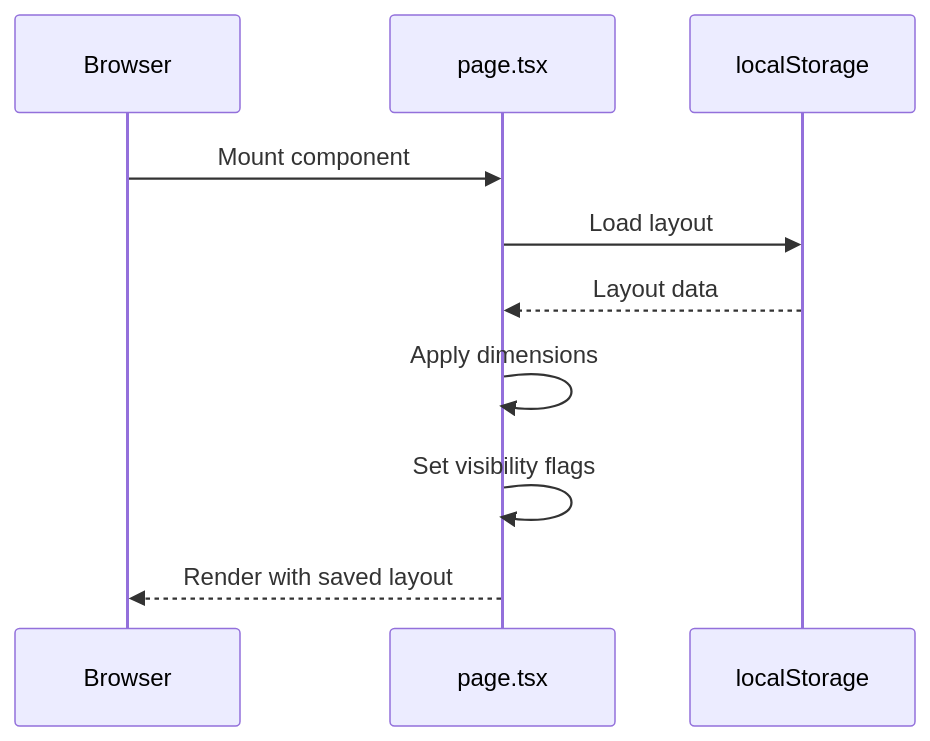
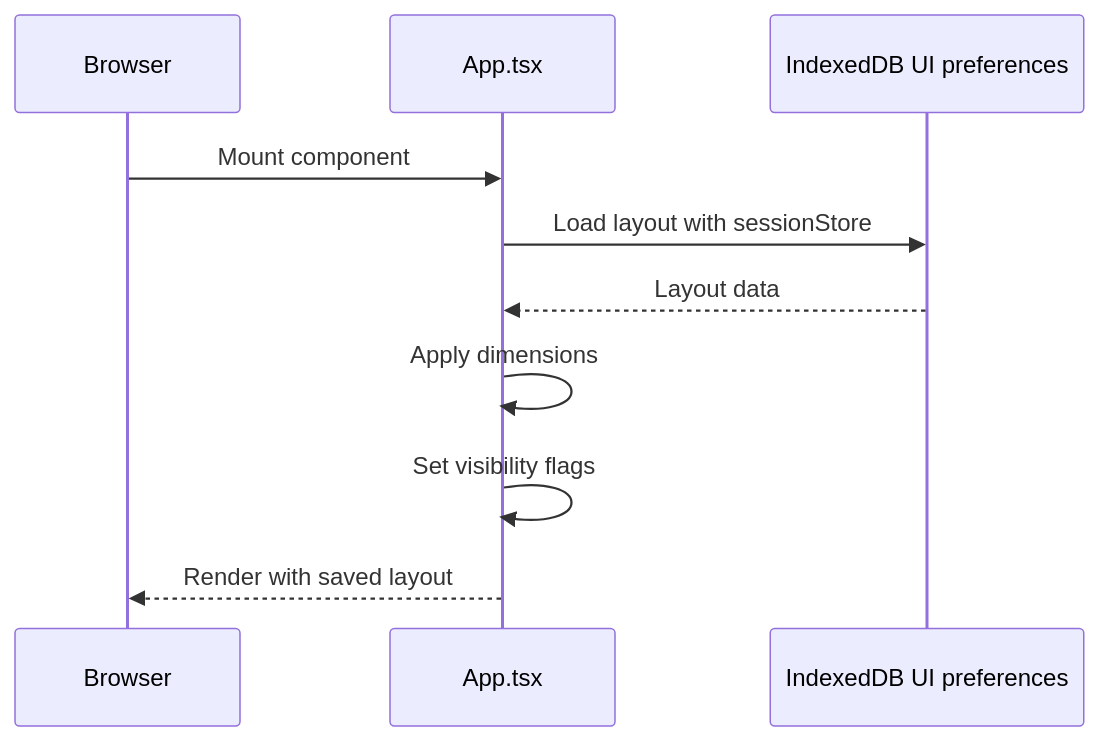
Diagram 21 of 25 in docs/UI-COMPONENTS.md (Stasshe/Pyxis-CodeCanvas), drawn with Mermaid before and after one commit. The commit also changed other lines of this file and 330 other files, not shown here.

````diff
--- a/docs/UI-COMPONENTS.md
+++ b/docs/UI-COMPONENTS.md
@@ -698,13 +659,13 @@
 ```mermaid
 sequenceDiagram
     participant BROWSER as Browser
-    participant PAGE as page.tsx
-    participant LS as localStorage
+    participant PAGE as App.tsx
+    participant STORE as IndexedDB UI preferences
 
     BROWSER->>PAGE: Mount component
-    PAGE->>LS: Load layout
-    LS-->>PAGE: Layout data
+    PAGE->>STORE: Load layout with sessionStore
+    STORE-->>PAGE: Layout data
     PAGE->>PAGE: Apply dimensions
     PAGE->>PAGE: Set visibility flags
     PAGE-->>BROWSER: Render with saved layout
 ```
````
